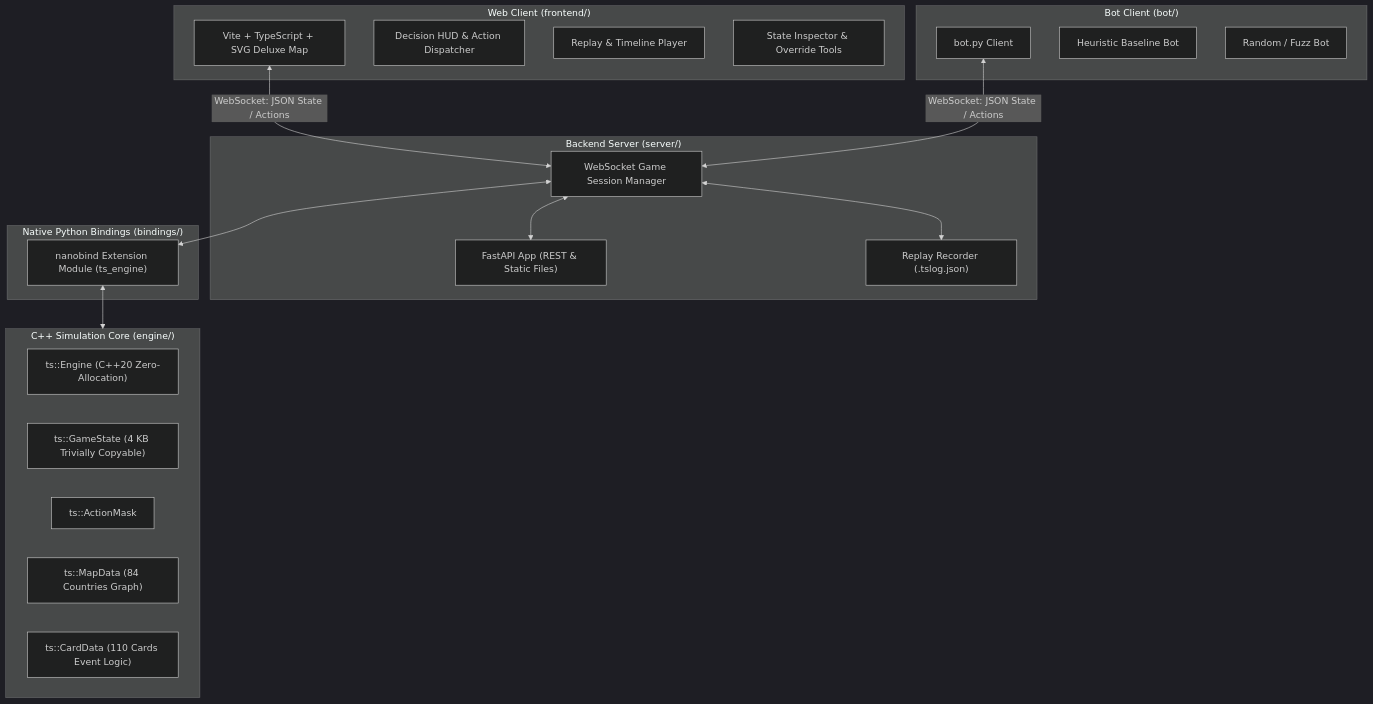
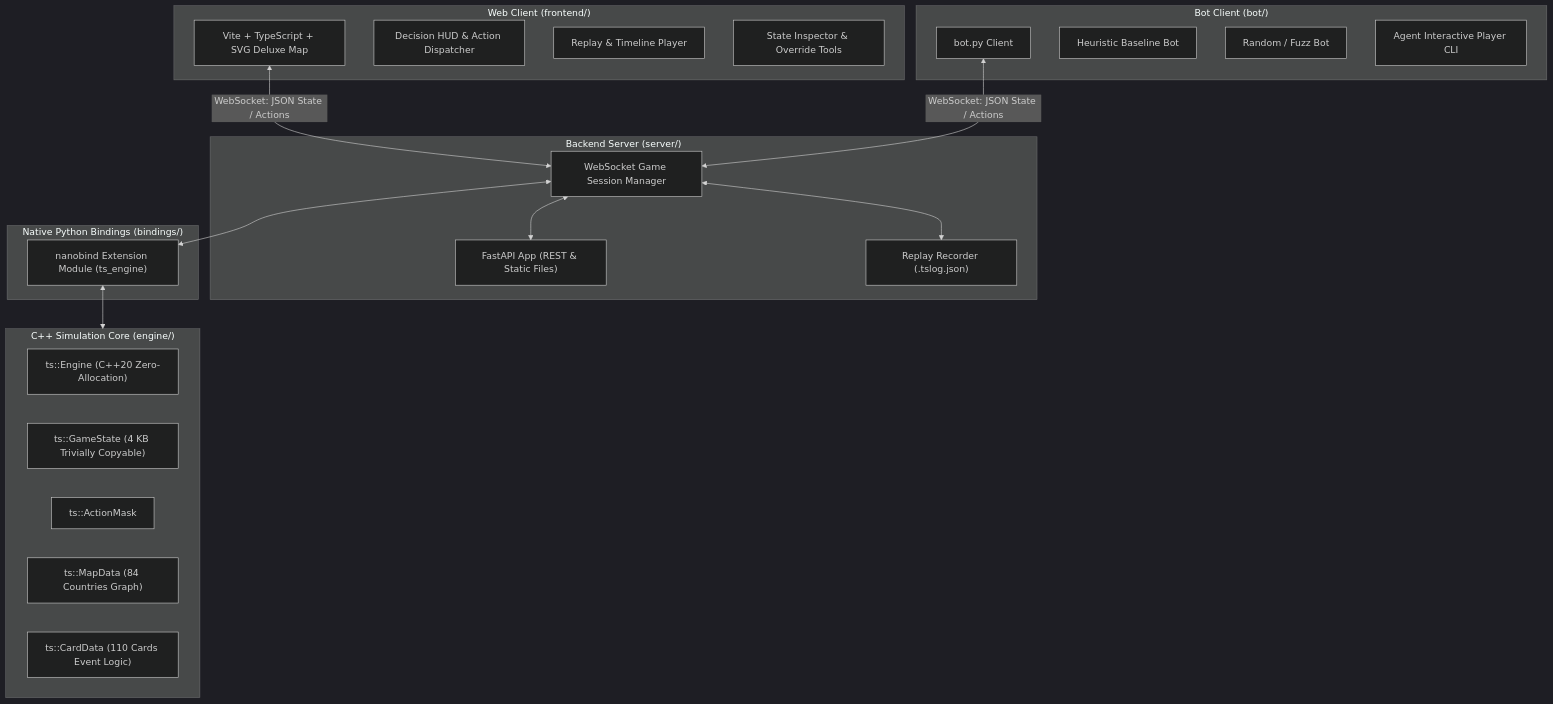
Before and after one commit to mihaild/DeepStruggle: the diagram in AGENTS.md, drawn with Mermaid (dark theme). The commit also changed other lines of this file and 5 other files, not shown here.

````diff
--- a/AGENTS.md
+++ b/AGENTS.md
@@ -9,40 +9,41 @@
 ```mermaid
 graph TD
     subgraph Frontend ["Web Client (frontend/)"]
         UI["Vite + TypeScript + SVG Deluxe Map"]
         HUD["Decision HUD & Action Dispatcher"]
         Replayer["Replay & Timeline Player"]
         Debug["State Inspector & Override Tools"]
     end
 
     subgraph Server ["Backend Server (server/)"]
         FastAPI["FastAPI App (REST & Static Files)"]
         WS["WebSocket Game Session Manager"]
         Logger["Replay Recorder (.tslog.json)"]
     end
 
     subgraph Bot ["Bot Client (bot/)"]
         Runner["bot.py Client"]
         Heuristic["Heuristic Baseline Bot"]
         Random["Random / Fuzz Bot"]
+        AgentPlayer["Agent Interactive Player CLI"]
     end
 
     subgraph Bridge ["Native Python Bindings (bindings/)"]
         Nanobind["nanobind Extension Module (ts_engine)"]
     end
 
     subgraph CoreEngine ["C++ Simulation Core (engine/)"]
         Core["ts::Engine (C++20 Zero-Allocation)"]
         State["ts::GameState (4 KB Trivially Copyable)"]
         Mask["ts::ActionMask"]
         Map["ts::MapData (84 Countries Graph)"]
         Cards["ts::CardData (110 Cards Event Logic)"]
     end
 
     UI <-->|WebSocket: JSON State / Actions| WS
     Runner <-->|WebSocket: JSON State / Actions| WS
     WS <--> FastAPI
     WS <--> Logger
     WS <--> Nanobind
     Nanobind <--> CoreEngine
 ```
````
